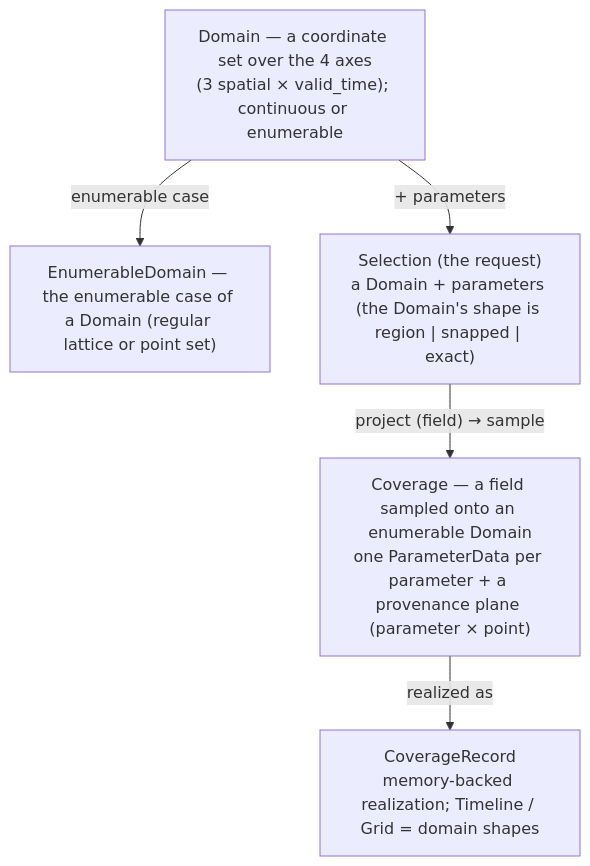
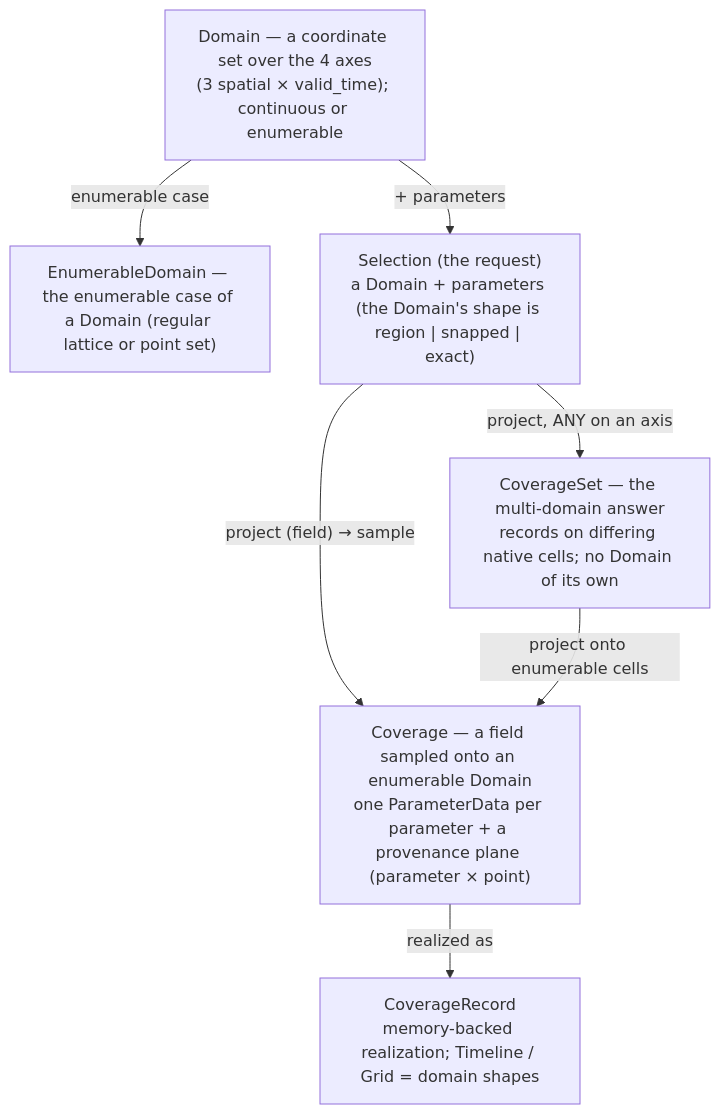
The second of 3 diagrams in docs/architecture.md (dveyarangi/meteoscape), drawn with Mermaid before and after one commit. The commit also changed other lines of this file and 16 other files, not shown here.

````diff
--- a/docs/architecture.md
+++ b/docs/architecture.md
@@ -86,13 +86,16 @@
 ```mermaid
 flowchart TB
   DOMAIN["Domain — a coordinate set over the 4 axes<br/>(3 spatial × valid_time); continuous or enumerable"]
   GEOM["EnumerableDomain — the enumerable case of a Domain (regular lattice or point set)"]
   SEL["Selection (the request)<br/>a Domain + parameters (the Domain's shape is region | snapped | exact)"]
   COV["Coverage — a field sampled onto an enumerable Domain<br/>one ParameterData per parameter + a provenance plane (parameter × point)"]
   TL["CoverageRecord<br/>memory-backed realization; Timeline / Grid = domain shapes"]
+  SET["CoverageSet — the multi-domain answer<br/>records on differing native cells; no Domain of its own"]
 
   DOMAIN -->|enumerable case| GEOM
   DOMAIN -->|+ parameters| SEL
   SEL -->|"project (field) → sample"| COV
   COV -->|realized as| TL
+  SEL -->|"project, ANY on an axis"| SET
+  SET -->|"project onto enumerable cells"| COV
 ```
````
